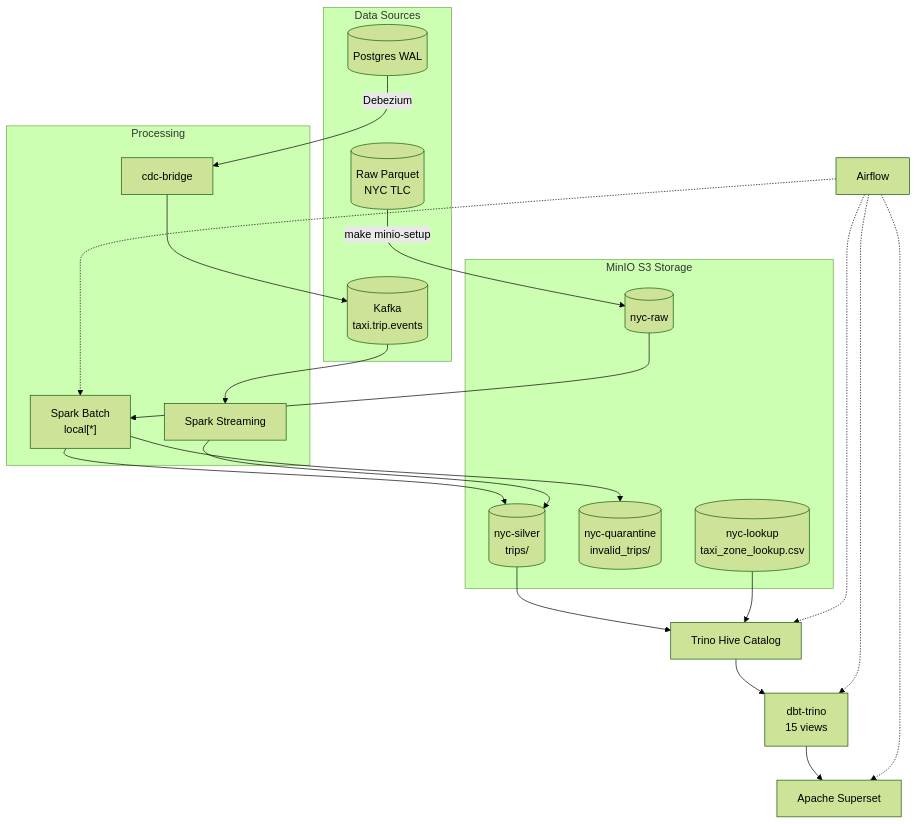
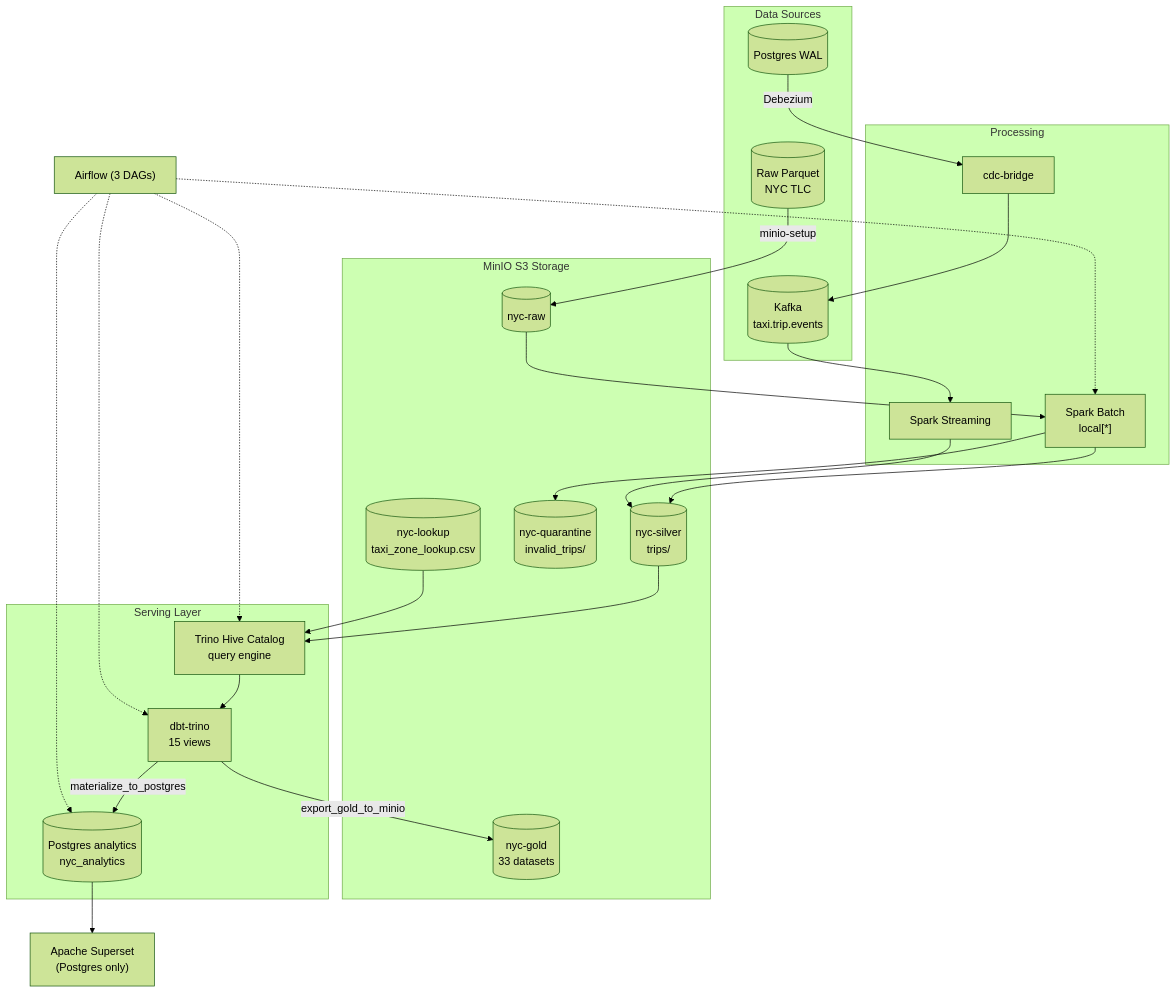
One commit to DawieMalmsteel/nyc_new changed the diagram in README.md. Above: the diagram before and after it, drawn with Mermaid (forest theme). The commit also changed other lines of this file and 1 other file, not shown here.

First line of the commit message:
docs: update READMEs for Postgres analytics + Superset-only flow

````diff
--- a/README.md
+++ b/README.md
@@ -27,35 +39,44 @@
 ```mermaid
 flowchart TD
     subgraph SOURCE["Data Sources"]
         RP[("Raw Parquet<br/>NYC TLC")]
         K1[("Kafka<br/>taxi.trip.events")]
         PG[("Postgres WAL")]
     end
 
     subgraph MINIO["MinIO S3 Storage"]
         RAW[("nyc-raw")]
         SILVER[("nyc-silver<br/>trips/")]
         QUARANTINE[("nyc-quarantine<br/>invalid_trips/")]
         LOOKUP[("nyc-lookup<br/>taxi_zone_lookup.csv")]
+        GOLD[("nyc-gold<br/>33 datasets")]
     end
 
     subgraph PROCESS["Processing"]
         SB["Spark Batch<br/>local[*]"]
         SS["Spark Streaming"]
         BRIDGE[cdc-bridge]
     end
 
-    RP -->|make minio-setup| RAW
+    subgraph SERVE["Serving Layer"]
+        TRINO["Trino Hive Catalog<br/>query engine"]
+        DBT["dbt-trino<br/>15 views"]
+        PGDB[("Postgres analytics<br/>nyc_analytics")]
+    end
+
+    RP -->|minio-setup| RAW
     RAW --> SB
     SB --> SILVER
     SB --> QUARANTINE
     K1 --> SS
     SS --> SILVER
     PG -->|Debezium| BRIDGE --> K1
 
-    SILVER --> TRINO[Trino Hive Catalog]
+    SILVER --> TRINO
     LOOKUP --> TRINO
-    TRINO --> DBT[dbt-trino<br/>15 views]
-    DBT --> SUPERSET[Apache Superset]
-    AIRFLOW[Airflow] -..-> SB & TRINO & DBT & SUPERSET
+    TRINO --> DBT
+    DBT -->|export_gold_to_minio| GOLD
+    DBT -->|materialize_to_postgres| PGDB
+    AIRFLOW["Airflow (3 DAGs)"] -..-> SB & TRINO & DBT & PGDB
+    PGDB --> SUPERSET["Apache Superset<br/>(Postgres only)"]
 ```
````
